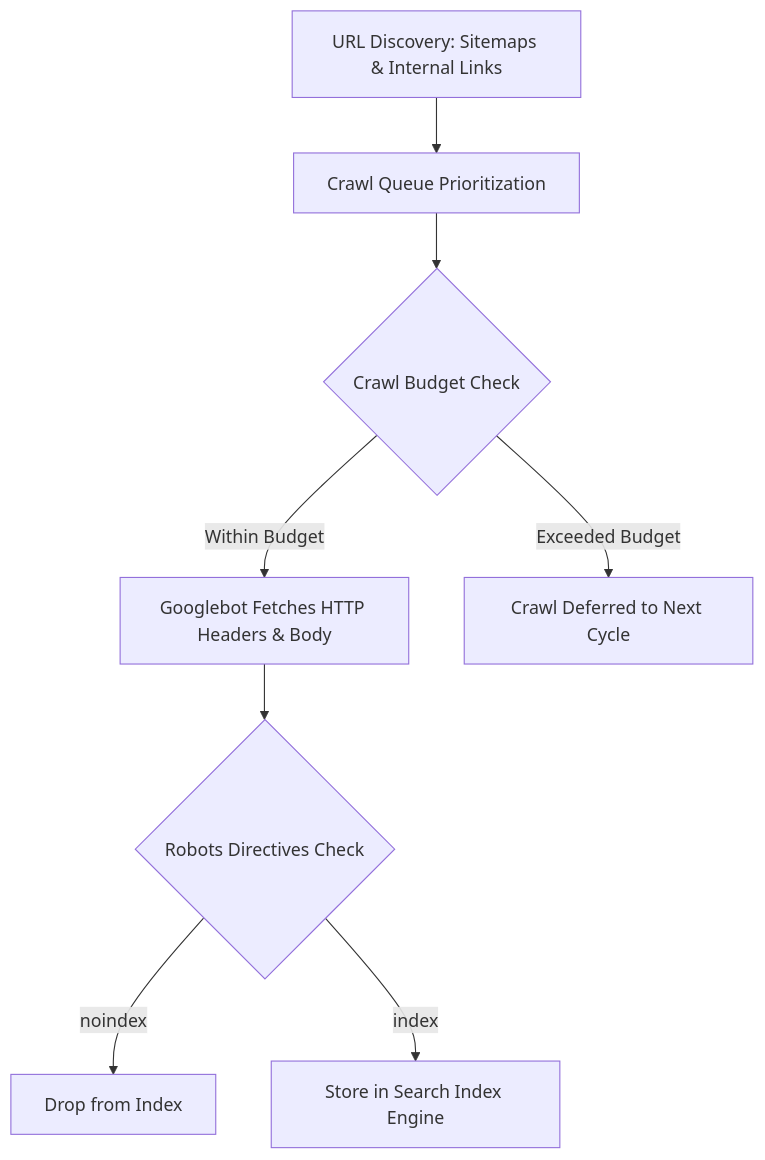
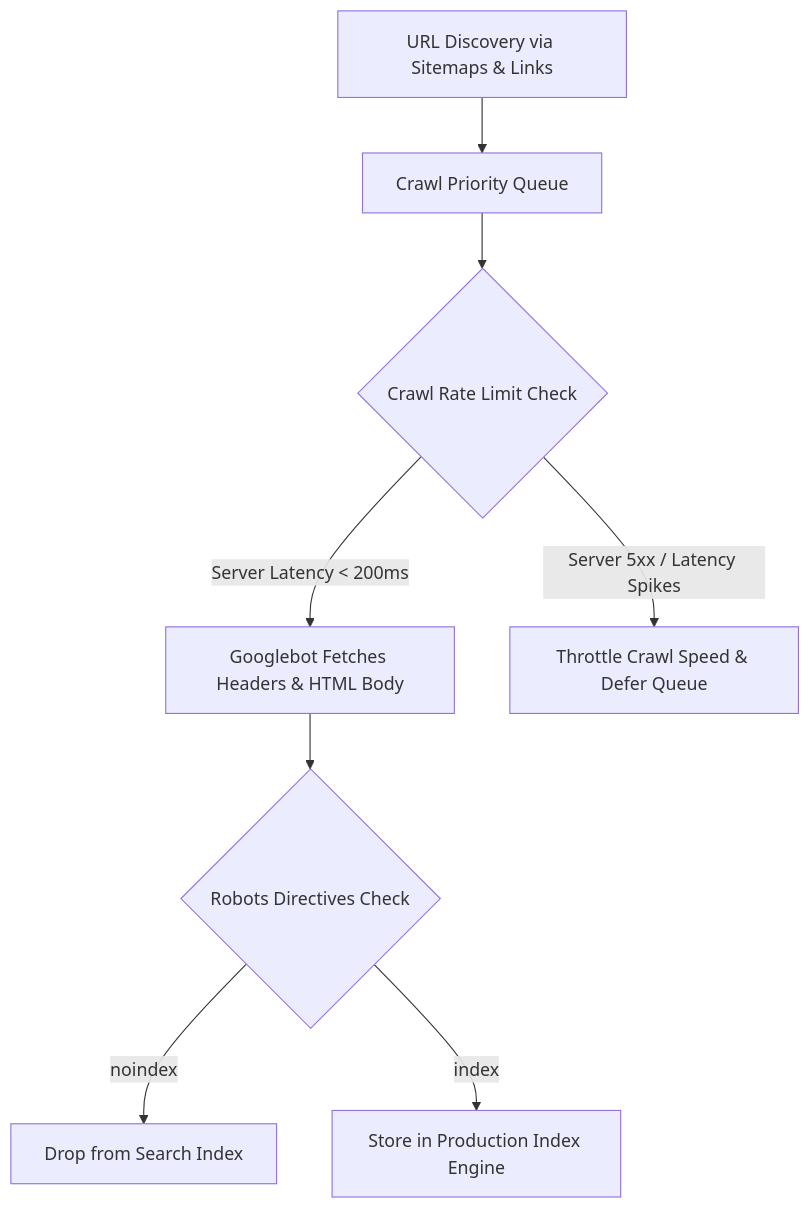
One commit to seoerai/seo changed the diagram in crawling-and-indexing/README.md. Above: the diagram before and after it, drawn with Mermaid. The commit also changed other lines of this file and 4 other files, not shown here.

Commit message:
docs: expand Core Web Vitals, Internal Linking PageRank, Crawl Budget, Log Forensics and GSC Telemetry specs

````diff
--- a/crawling-and-indexing/README.md
+++ b/crawling-and-indexing/README.md
@@ -11,10 +11,10 @@
 ```mermaid
 flowchart TD
-    A[URL Discovery: Sitemaps & Internal Links] --> B[Crawl Queue Prioritization]
-    B --> C{Crawl Budget Check}
-    C -->|Within Budget| D[Googlebot Fetches HTTP Headers & Body]
-    C -->|Exceeded Budget| E[Crawl Deferred to Next Cycle]
+    A[URL Discovery via Sitemaps & Links] --> B[Crawl Priority Queue]
+    B --> C{Crawl Rate Limit Check}
+    C -->|Server Latency < 200ms| D[Googlebot Fetches Headers & HTML Body]
+    C -->|Server 5xx / Latency Spikes| E[Throttle Crawl Speed & Defer Queue]
     D --> F{Robots Directives Check}
-    F -->|noindex| G[Drop from Index]
-    F -->|index| H[Store in Search Index Engine]
+    F -->|noindex| G[Drop from Search Index]
+    F -->|index| H[Store in Production Index Engine]
 ```
````
